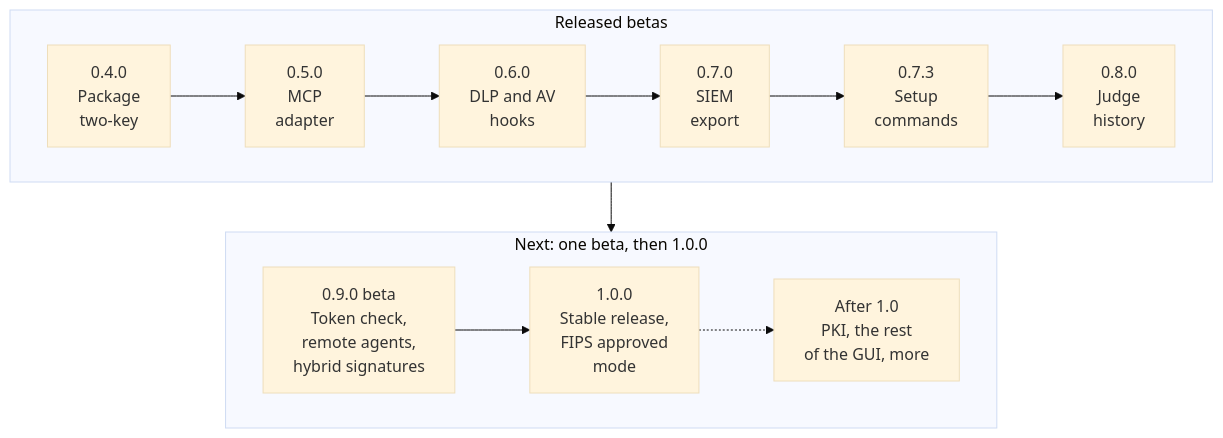
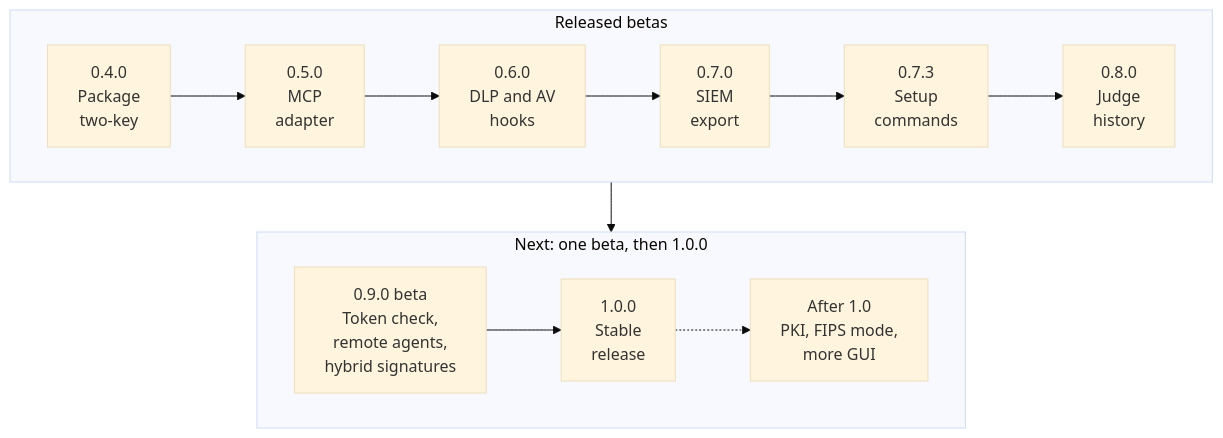
The diagram in ROADMAP.md (Insomniac-VibeLabs/two-key), drawn with Mermaid (base theme) before and after one commit. The commit also changed other lines of this file and 9 other files, not shown here.

First line of the commit message:
FIPS approved mode after 1.0, positive wording, README facts, tables and diagrams

````diff
--- a/ROADMAP.md
+++ b/ROADMAP.md
@@ -42,12 +42,12 @@
 ```mermaid
 flowchart TD
   subgraph done["Released betas"]
     direction LR
     r04["0.4.0<br/>Package<br/>two-key"] --> r05["0.5.0<br/>MCP<br/>adapter"] --> r06["0.6.0<br/>DLP and AV<br/>hooks"] --> r07["0.7.0<br/>SIEM<br/>export"] --> r073["0.7.3<br/>Setup<br/>commands"] --> r08["0.8.0<br/>Judge<br/>history"]
   end
   subgraph next["Next: one beta, then 1.0.0"]
     direction LR
-    r09["0.9.0 beta<br/>Token check,<br/>remote agents,<br/>hybrid signatures"] --> r10["1.0.0<br/>Stable release,<br/>FIPS approved<br/>mode"] -.-> after["After 1.0<br/>PKI, the rest<br/>of the GUI, more"]
+    r09["0.9.0 beta<br/>Token check,<br/>remote agents,<br/>hybrid signatures"] --> r10["1.0.0<br/>Stable<br/>release"] -.-> after["After 1.0<br/>PKI, FIPS mode,<br/>more GUI"]
   end
   done --> next
 ```
````
